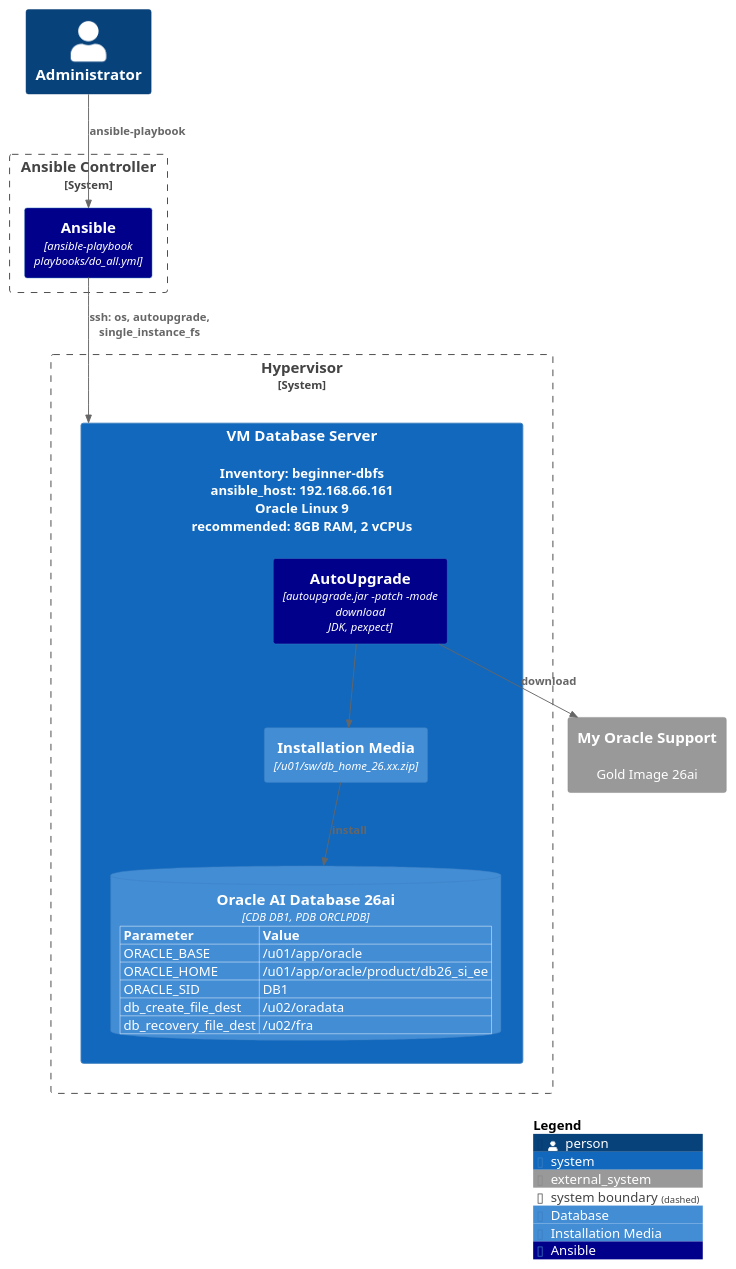
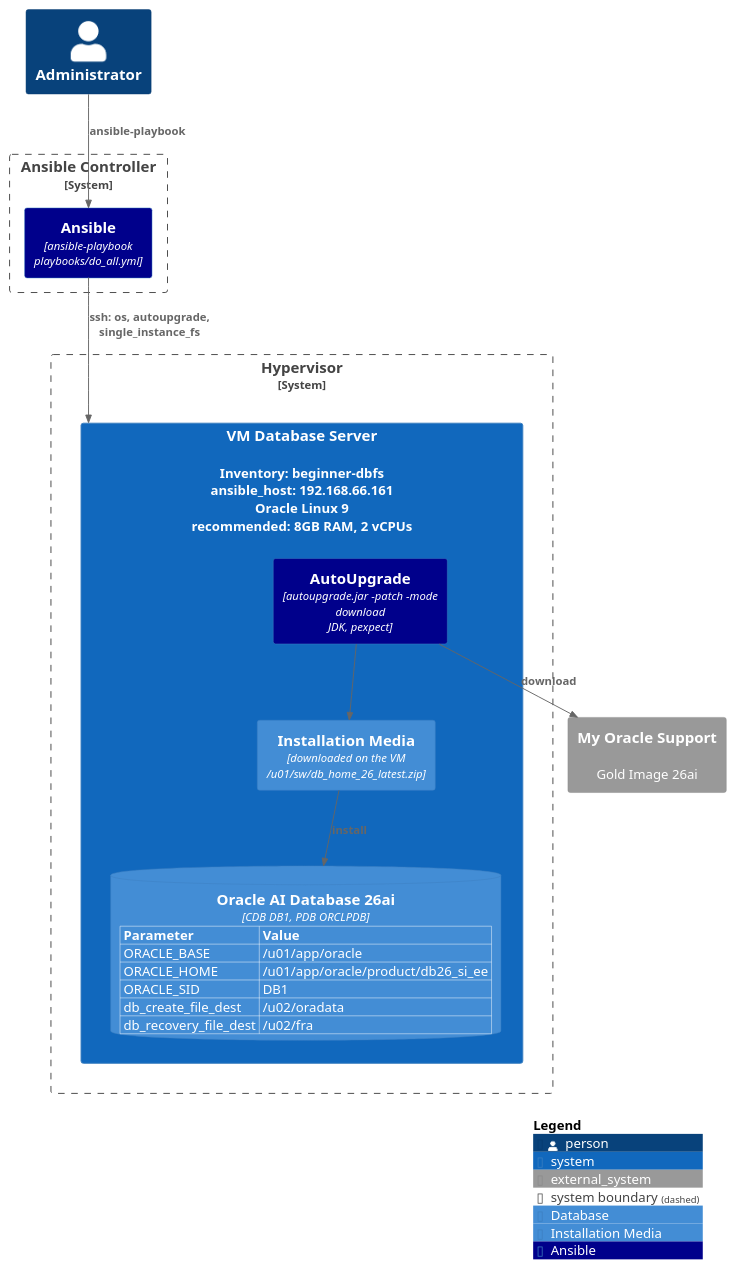
Before and after one commit to Rendanic/ansible-oracle: the diagram in doc/guides/beginner.puml, drawn with PlantUML. The commit also changed 21 other files, not shown here.

```diff
--- a/doc/guides/beginner.puml
+++ b/doc/guides/beginner.puml
@@ -1,38 +1,38 @@
 @startuml
 !include <C4/C4_Component>
 
 LAYOUT_TOP_DOWN()
 
 AddContainerTag("oradb", $legendText="Database")
 AddContainerTag("media", $legendText="Installation Media")
 AddContainerTag("ansible", $bgColor="DarkBlue", $legendText="Ansible")
 
 Person(admin, "Administrator")
 System_Ext(mos, "My Oracle Support", "Gold Image 26ai")
 
 System_Boundary(host, "Ansible Controller", "Ubuntu on WSL2 (Windows)") {
   Container(ansible, "Ansible", "ansible-playbook playbooks/do_all.yml", $tags="ansible")
 }
 
 System_Boundary(vmhost, "Hypervisor", "e.g. Hyper-V") {
   System(dbfs, "VM Database Server", "Inventory: beginner-dbfs\nansible_host: 192.168.66.161\nOracle Linux 9\nrecommended: 8GB RAM, 2 vCPUs") {
     Container(autoupgrade, "AutoUpgrade", "autoupgrade.jar -patch -mode download\nJDK, pexpect", $tags="ansible")
-    Container(instmedia, "Installation Media", "/u01/sw/db_home_26.xx.zip", $tags="media")
+    Container(instmedia, "Installation Media", "downloaded on the VM\n/u01/sw/db_home_26_latest.zip", $tags="media")
     SetPropertyHeader("Parameter","Value")
     AddProperty("ORACLE_BASE", "/u01/app/oracle")
     AddProperty("ORACLE_HOME", "/u01/app/oracle/product/db26_si_ee")
     AddProperty("ORACLE_SID", "DB1")
     AddProperty("db_create_file_dest", "/u02/oradata")
     AddProperty("db_recovery_file_dest", "/u02/fra")
     ContainerDb(rdbms, "Oracle AI Database 26ai", "CDB DB1, PDB ORCLPDB", $tags="oradb")
   }
 }
 
 Rel_Down(admin, ansible, "ansible-playbook")
 Rel_Down(ansible, dbfs, "ssh: os, autoupgrade, single_instance_fs")
 Rel(autoupgrade, mos, "download")
 Rel(autoupgrade, instmedia, "")
 Rel(instmedia, rdbms, "install")
 
 SHOW_LEGEND()
 @enduml
```
